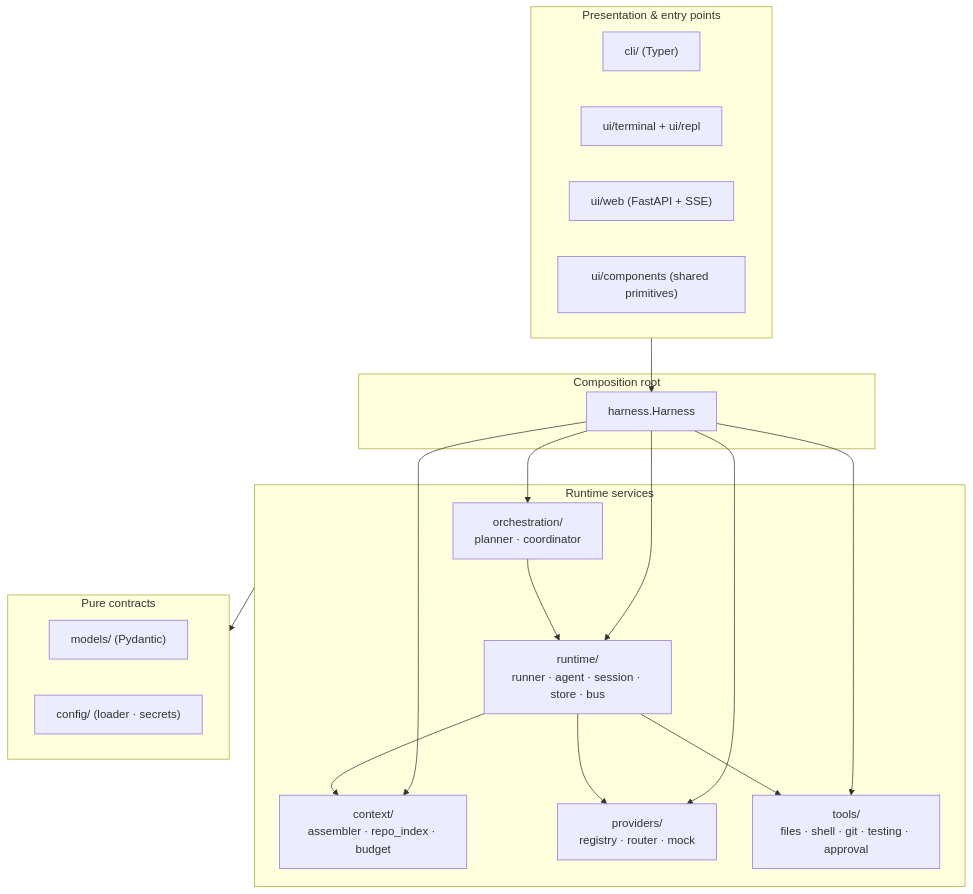
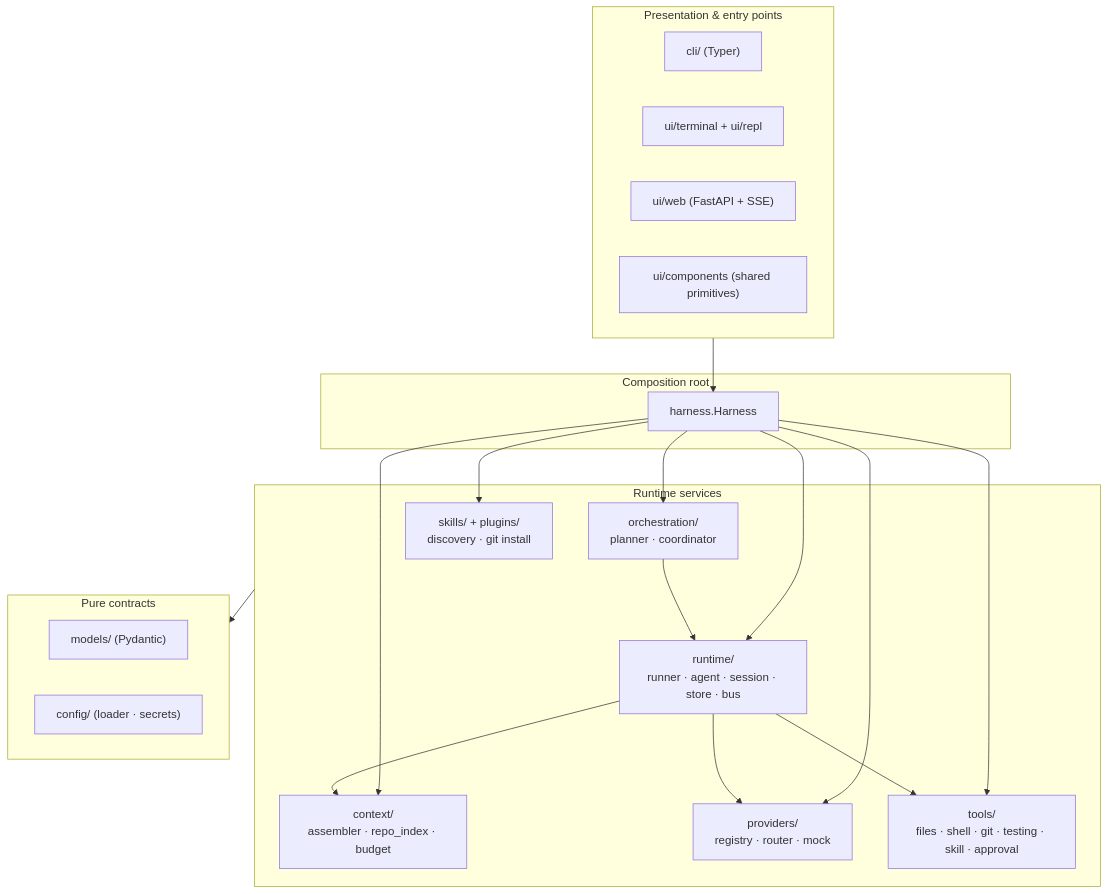
Before and after one commit to omkumar01/om-harness: the first of 3 diagrams in docs/architecture.md, drawn with Mermaid. The commit also changed other lines of this file and 14 other files, not shown here.

````diff
--- a/docs/architecture.md
+++ b/docs/architecture.md
@@ -13,30 +13,31 @@
 ```mermaid
 flowchart TD
     subgraph outer["Presentation & entry points"]
         CLI["cli/ (Typer)"]
         TERM["ui/terminal + ui/repl"]
         WEB["ui/web (FastAPI + SSE)"]
         COMP["ui/components (shared primitives)"]
     end
     subgraph facade["Composition root"]
         H["harness.Harness"]
     end
     subgraph middle["Runtime services"]
         ORCH["orchestration/<br/>planner · coordinator"]
         RUN["runtime/<br/>runner · agent · session · store · bus"]
         CTX["context/<br/>assembler · repo_index · budget"]
         PROV["providers/<br/>registry · router · mock"]
-        TOOLS["tools/<br/>files · shell · git · testing · approval"]
+        TOOLS["tools/<br/>files · shell · git · testing · skill · approval"]
+        SKP["skills/ + plugins/<br/>discovery · git install"]
     end
     subgraph core["Pure contracts"]
         MODELS["models/ (Pydantic)"]
         CFG["config/ (loader · secrets)"]
     end
     outer --> H
-    H --> ORCH & RUN & CTX & PROV & TOOLS
+    H --> ORCH & RUN & CTX & PROV & TOOLS & SKP
     ORCH --> RUN
     RUN --> TOOLS
     RUN --> PROV
     RUN --> CTX
     middle --> core
 ```
````
